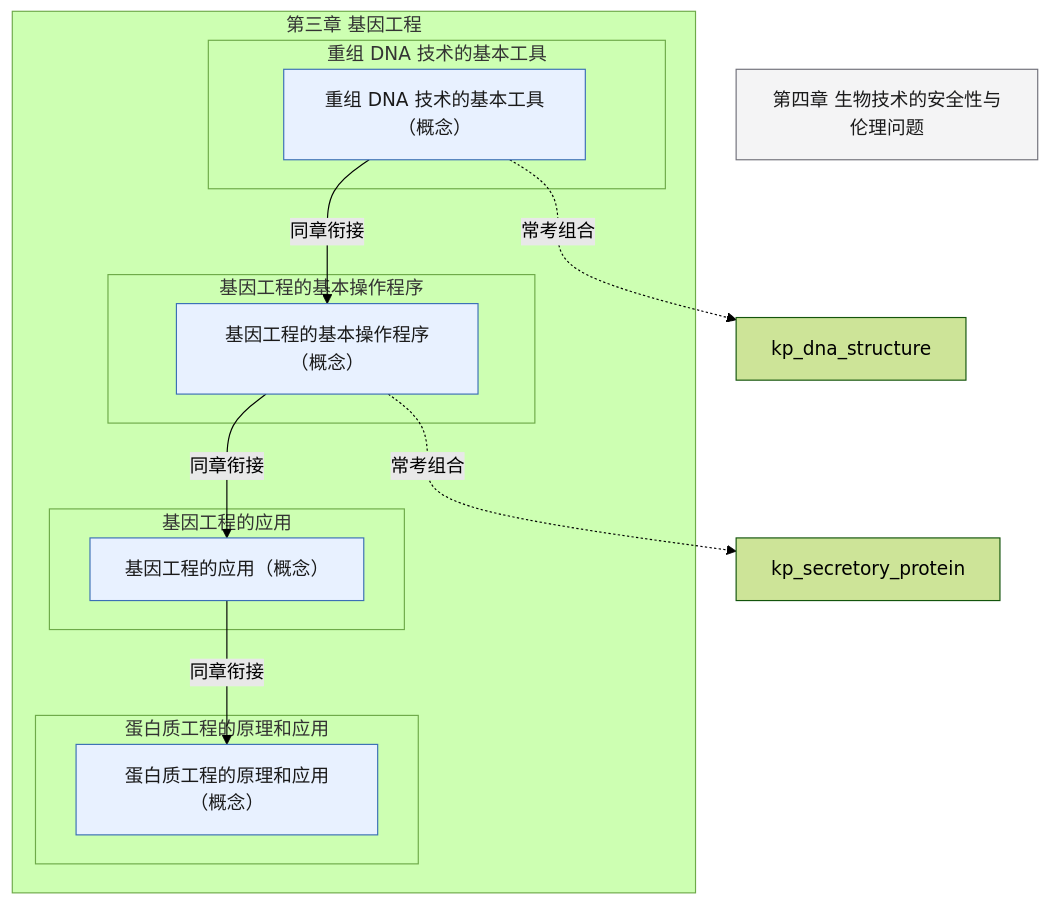
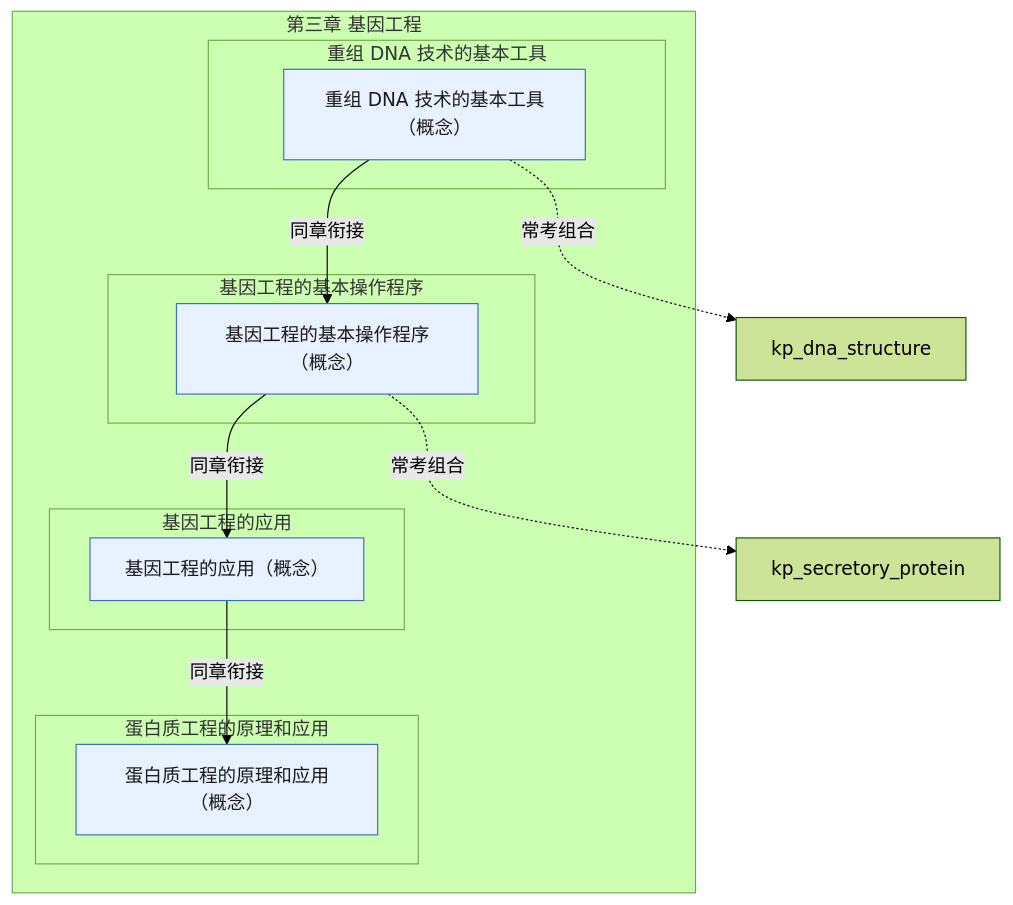
One commit to lihenair/high-school-ai-tutor-skill changed the diagram in skills/high-school-ai-tutor/references/pep-bio-xbx3-ch3.md. Above: the diagram before and after it, drawn with Mermaid (forest theme). The commit also changed 26 other files, not shown here.

First line of the commit message:
feat(bio): 跨教材知识联系图谱——占位符清退 + 53 条组合边 + 联系图谱文档

````diff
--- a/skills/high-school-ai-tutor/references/pep-bio-xbx3-ch3.md
+++ b/skills/high-school-ai-tutor/references/pep-bio-xbx3-ch3.md
@@ -5,27 +5,26 @@
 ```mermaid
 flowchart TD
   classDef concept fill:#E8F1FF,stroke:#3B6FB6,color:#1A1A1A
   classDef skill fill:#E7F6EE,stroke:#2E7D4F,color:#1A1A1A
   classDef experiment fill:#FFF4E5,stroke:#C47B17,color:#1A1A1A
   classDef later fill:#F4F4F5,stroke:#71717A,color:#1A1A1A
   subgraph ch["第三章 基因工程"]
     subgraph s1["重组 DNA 技术的基本工具"]
       kp_recombinant_dna_tools["重组 DNA 技术的基本工具（概念）"]:::concept
     end
     subgraph s2["基因工程的基本操作程序"]
       kp_gene_engineering_procedure["基因工程的基本操作程序（概念）"]:::concept
     end
     subgraph s3["基因工程的应用"]
       kp_gene_engineering_applications["基因工程的应用（概念）"]:::concept
     end
     subgraph s4["蛋白质工程的原理和应用"]
       kp_protein_engineering["蛋白质工程的原理和应用（概念）"]:::concept
     end
   end
-  xbx3_ch4["第四章 生物技术的安全性与伦理问题"]:::later
   kp_recombinant_dna_tools -->|同章衔接| kp_gene_engineering_procedure
   kp_gene_engineering_procedure -->|同章衔接| kp_gene_engineering_applications
   kp_gene_engineering_applications -->|同章衔接| kp_protein_engineering
   kp_recombinant_dna_tools -.->|常考组合| kp_dna_structure
   kp_gene_engineering_procedure -.->|常考组合| kp_secretory_protein
 ```
````
